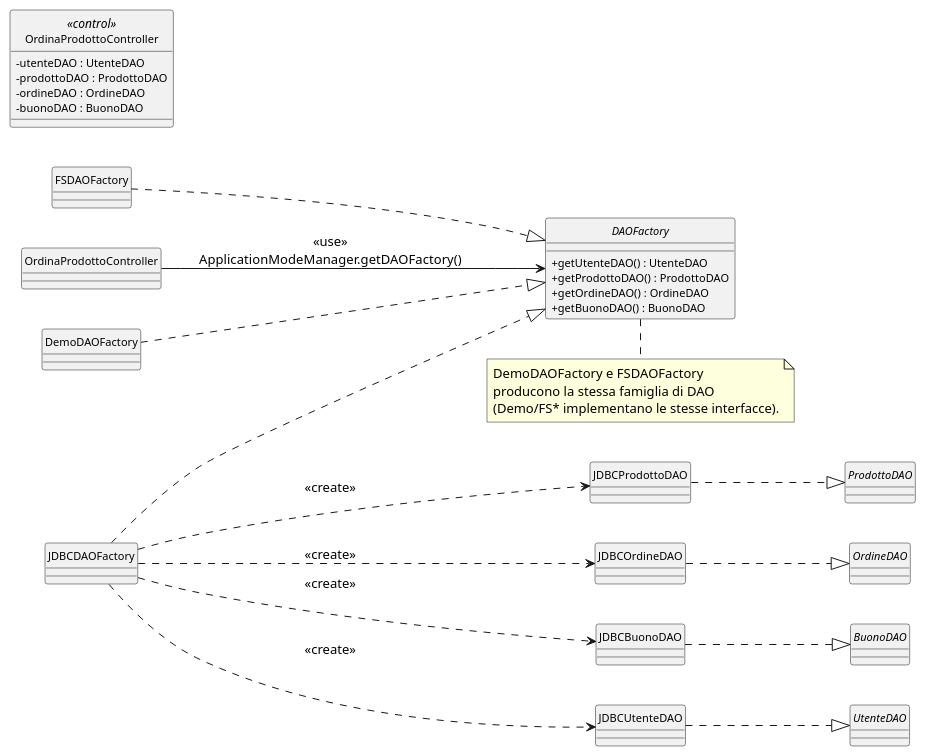
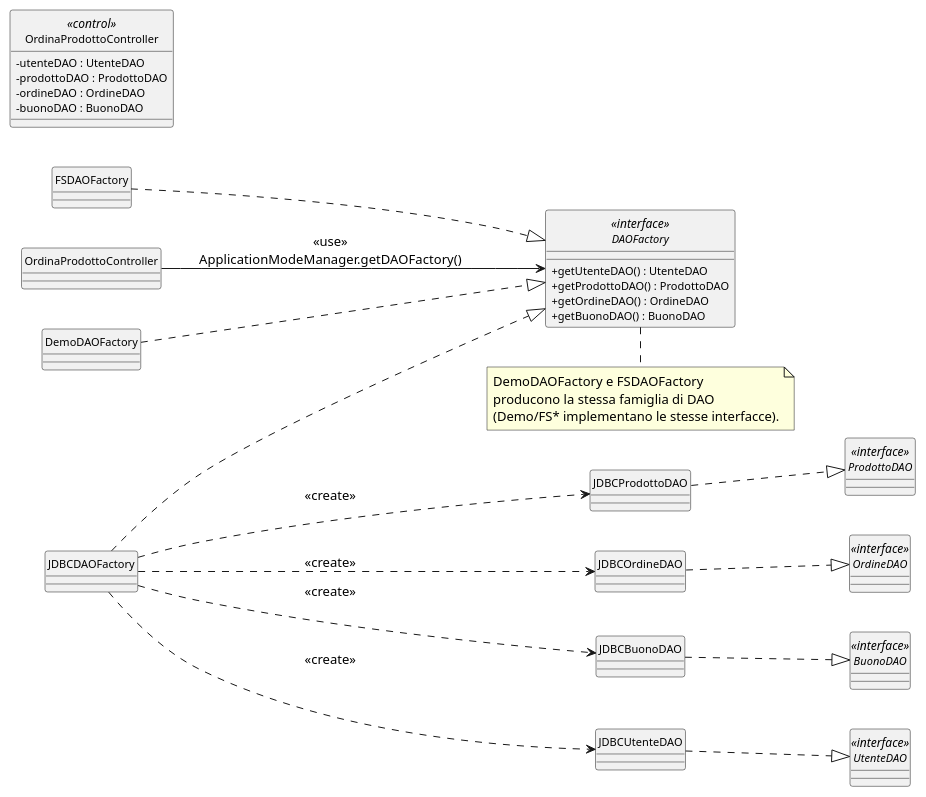
One commit to Damiano-o/test changed the diagram in docs/relazione_italiana/figures/dl_factory.puml. Above: the diagram before and after it, drawn with PlantUML. The commit also changed 3 other files, not shown here.

Commit message:
fix(docs): evidenzia <<interface>> su Abstract Factory DAO (DAOFactory + 4 DAO UC-04)

```diff
--- a/docs/relazione_italiana/figures/dl_factory.puml
+++ b/docs/relazione_italiana/figures/dl_factory.puml
@@ -1,71 +1,71 @@
 @startuml
 skinparam style strictuml
 skinparam classAttributeIconSize 0
 skinparam nodesep 40
 skinparam ranksep 50
 skinparam classFontSize 12
 skinparam classAttributeFontSize 11
 left to right direction
 
 ' ============================================================
 ' Design-level — DAO Abstract Factory (NFR-01 persistenza)
 ' Stile conciso (come progetti 30/30): factory astratta,
 ' concrete factory + interfacce DAO, frecce <<create>> esplicite.
 ' ============================================================
 
 ' ---------- Client (control) ----------
 class "OrdinaProdottoController" as CTL <<control>> {
   - utenteDAO : UtenteDAO
   - prodottoDAO : ProdottoDAO
   - ordineDAO : OrdineDAO
   - buonoDAO : BuonoDAO
 }
 
 ' ---------- Abstract Factory ----------
-interface "DAOFactory" {
+interface "DAOFactory" <<interface>> {
   + getUtenteDAO() : UtenteDAO
   + getProdottoDAO() : ProdottoDAO
   + getOrdineDAO() : OrdineDAO
   + getBuonoDAO() : BuonoDAO
 }
 
 class "DemoDAOFactory"
 class "FSDAOFactory"
 class "JDBCDAOFactory"
 DemoDAOFactory ..|> DAOFactory
 FSDAOFactory  ..|> DAOFactory
 JDBCDAOFactory ..|> DAOFactory
 
 ' ---------- Abstract Products (DAO) ----------
-interface "UtenteDAO"
-interface "ProdottoDAO"
-interface "OrdineDAO"
-interface "BuonoDAO"
+interface "UtenteDAO" <<interface>>
+interface "ProdottoDAO" <<interface>>
+interface "OrdineDAO" <<interface>>
+interface "BuonoDAO" <<interface>>
 
 ' ---------- Concrete Products (una famiglia esemplificativa, per concisione) ----------
 class "JDBCUtenteDAO"
 class "JDBCProdottoDAO"
 class "JDBCOrdineDAO"
 class "JDBCBuonoDAO"
 JDBCUtenteDAO ..|> UtenteDAO
 JDBCProdottoDAO ..|> ProdottoDAO
 JDBCOrdineDAO ..|> OrdineDAO
 JDBCBuonoDAO ..|> BuonoDAO
 
 ' ---------- relazioni: controller -> factory -> prodotti ----------
 OrdinaProdottoController --> DAOFactory : <<use>>\nApplicationModeManager.getDAOFactory()
 JDBCDAOFactory ..> JDBCUtenteDAO : <<create>>
 JDBCDAOFactory ..> JDBCProdottoDAO : <<create>>
 JDBCDAOFactory ..> JDBCOrdineDAO : <<create>>
 JDBCDAOFactory ..> JDBCBuonoDAO : <<create>>
 
 ' i DAO concrete per le altre famiglie sono omessi per concisione
 ' (stessa struttura di JDBC)
 
 note bottom of DAOFactory
   DemoDAOFactory e FSDAOFactory
   producono la stessa famiglia di DAO
   (Demo/FS* implementano le stesse interfacce).
 end note
 
 @enduml
```
